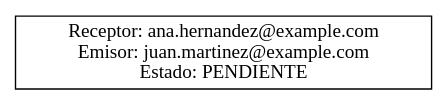
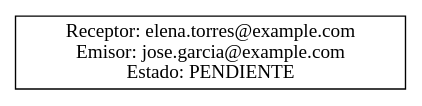
One commit to Kevin-alvarez1/PROYECTO_MULTIFASES_RED_SOCIAL changed the diagram in Fase1/output/PilaReceptor.dot. Above: the diagram before and after it, drawn with Graphviz. The commit also changed 15 other files, not shown here.

```diff
--- a/Fase1/output/PilaReceptor.dot
+++ b/Fase1/output/PilaReceptor.dot
@@ -1,5 +1,5 @@
 digraph G {
 node [shape=record];
 rankdir=LR;
-node0 [label="{Receptor: ana.hernandez@example.com\nEmisor: juan.martinez@example.com\nEstado: PENDIENTE}"];
+node0 [label="{Receptor: elena.torres@example.com\nEmisor: jose.garcia@example.com\nEstado: PENDIENTE}"];
 }
```
